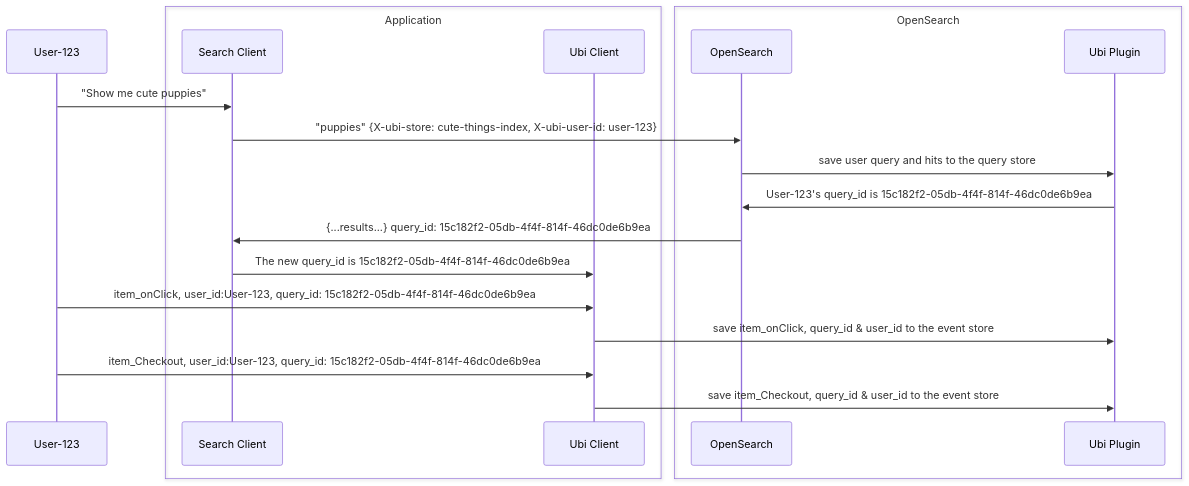
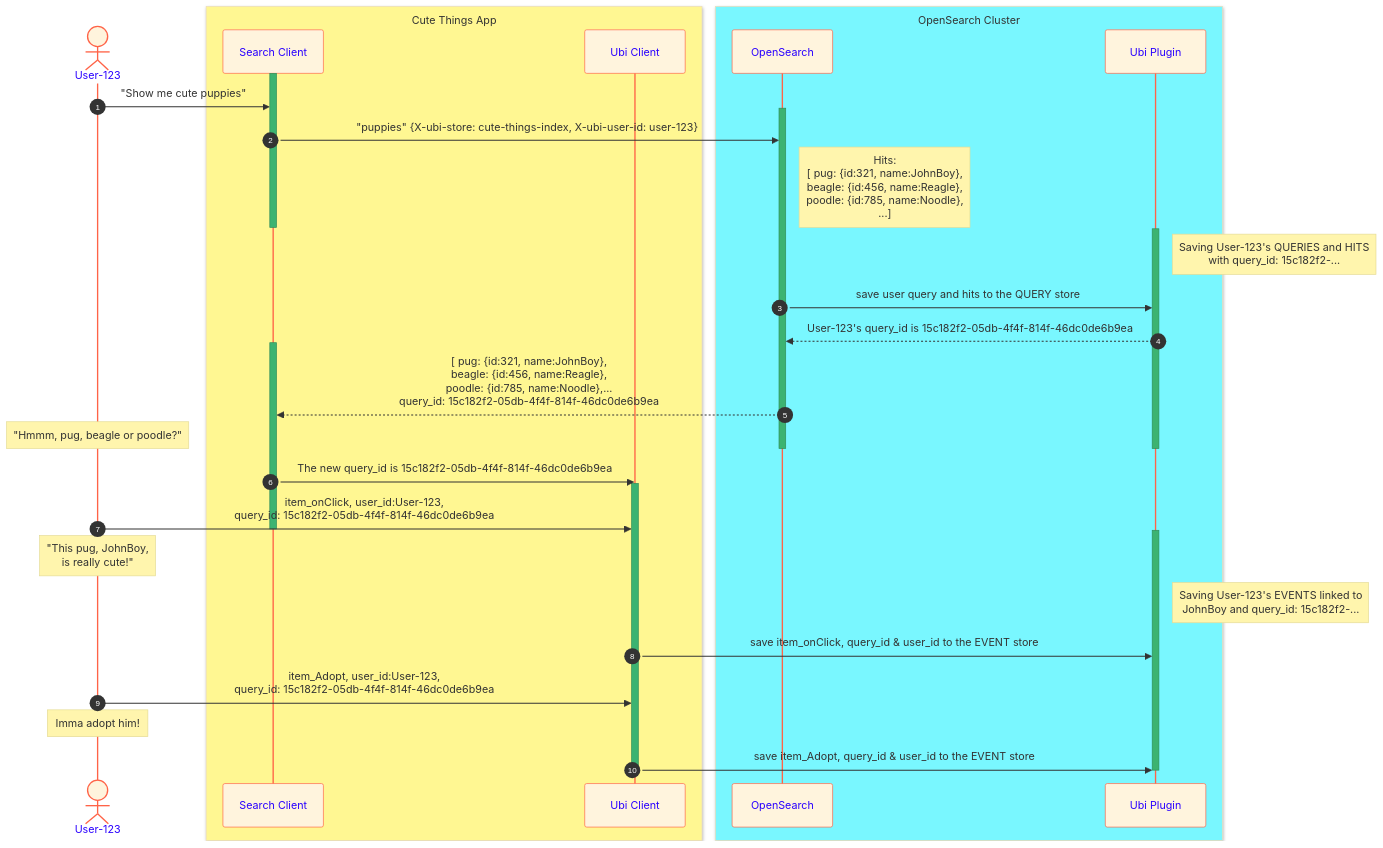
One commit to o19s/opensearch-ubi changed the diagram in documentation/query_id.md. Above: the diagram before and after it, drawn with Mermaid. The commit also changed other lines of this file, not shown here.

Commit message:
Updating sequence diagram to include "hit trace=back" logic with key_value and key_field

````diff
--- a/documentation/query_id.md
+++ b/documentation/query_id.md
@@ -10,22 +12,50 @@
 ```mermaid
+%%{init: {'theme':'base',
+ 'themeVariables': {
+      'background': '#ffffff',
+      'secondaryColor': '#3cb371',
+      'actorTextColor': '#2a00ff',
+      'actorBorder': '#ff6347'
+ }
+
+}}%%
 sequenceDiagram
-
-    User-123->>Search Client: "Show me cute puppies"
-    box Application
+    autonumber
+    actor U as  User-123
+    activate Search Client
+    U->>Search Client: "Show me cute puppies"
+    box rgb(255, 247, 146) Cute Things App
     participant Search Client
     participant Ubi Client
     end  
-    box OpenSearch
-    participant OpenSearch
+    box rgb(121, 247, 255) OpenSearch Cluster
+    participant OS as OpenSearch
     participant Ubi Plugin
     end
-    Search Client->>OpenSearch: "puppies" {X-ubi-store: cute-things-index, X-ubi-user-id: user-123}
-    OpenSearch->> Ubi Plugin: save user query and hits to the query store
-    Ubi Plugin->>OpenSearch: User-123's query_id is 15c182f2-05db-4f4f-814f-46dc0de6b9ea
-    OpenSearch->>Search Client: {...results...} query_id: 15c182f2-05db-4f4f-814f-46dc0de6b9ea
+    activate OS
+    Search Client->>OS: "puppies" {X-ubi-store: cute-things-index, X-ubi-user-id: user-123}
+    note right of OS: Hits: <br/> [  pug: {id:321, name:JohnBoy},<br/> beagle: {id:456, name:Reagle},<br/> poodle: {id:785, name:Noodle},<br/> ...]
+    deactivate Search Client
+    activate Ubi Plugin
+    note right of Ubi Plugin: Saving User-123's QUERIES and HITS  <br/> with query_id: 15c182f2-...
+    OS->> Ubi Plugin: save user query and hits to the QUERY store
+    Ubi Plugin-->>OS: User-123's query_id is 15c182f2-05db-4f4f-814f-46dc0de6b9ea
+    activate Search Client
+    OS-->>Search Client: [  pug: {id:321, name:JohnBoy},<br/> beagle: {id:456, name:Reagle},<br/> poodle: {id:785, name:Noodle},...<br/> query_id: 15c182f2-05db-4f4f-814f-46dc0de6b9ea
+    note over U: "Hmmm, pug, beagle or poodle?"
+    deactivate Ubi Plugin
+    deactivate OS
     Search Client->> Ubi Client: The new query_id is 15c182f2-05db-4f4f-814f-46dc0de6b9ea
-    User-123->>Ubi Client: item_onClick, user_id:User-123, query_id: 15c182f2-05db-4f4f-814f-46dc0de6b9ea
-    Ubi Client->> Ubi Plugin: save item_onClick, query_id & user_id to the event store
-    User-123->>Ubi Client: item_Checkout, user_id:User-123, query_id: 15c182f2-05db-4f4f-814f-46dc0de6b9ea
-    Ubi Client->> Ubi Plugin: save item_Checkout, query_id & user_id to the event store
+    activate Ubi Client
+    U->>Ubi Client: item_onClick, user_id:User-123, <br/> query_id: 15c182f2-05db-4f4f-814f-46dc0de6b9ea
+    deactivate Search Client
+    activate Ubi Plugin
+    note over U: "This pug, JohnBoy,<br/> is really cute!"
+    note right of Ubi Plugin: Saving User-123's EVENTS linked to <br/>  JohnBoy and query_id: 15c182f2-...
+    Ubi Client->> Ubi Plugin: save item_onClick, query_id & user_id to the EVENT store
+    U->>Ubi Client: item_Adopt, user_id:User-123, <br/> query_id: 15c182f2-05db-4f4f-814f-46dc0de6b9ea
+    note over U: Imma adopt him!
+    Ubi Client->> Ubi Plugin: save item_Adopt, query_id & user_id to the EVENT store
+    deactivate Ubi Client
+    deactivate Ubi Plugin
 ```
````
